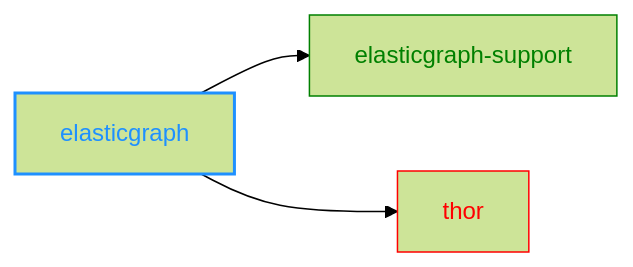
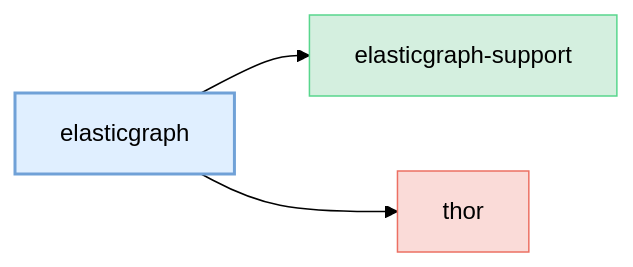
Before and after one commit to block/elasticgraph: the diagram in elasticgraph/README.md, drawn with Mermaid (forest theme). The commit also changed 23 other files, not shown here.

````diff
--- a/elasticgraph/README.md
+++ b/elasticgraph/README.md
@@ -8,12 +8,15 @@
 ```mermaid
 graph LR;
+    classDef currentGemStyle fill:#E0EFFF,stroke:#70A1D7,color:#000,stroke-width:2px;
+    classDef internalEgGemStyle fill:#D4EFDF,stroke:#58D68D,color:#000;
+    classDef externalGemStyle fill:#FADBD8,stroke:#EC7063,color:#000;
     elasticgraph["elasticgraph"];
+    class elasticgraph currentGemStyle;
     elasticgraph-support["elasticgraph-support"];
     elasticgraph --> elasticgraph-support;
+    class elasticgraph-support internalEgGemStyle;
     thor["thor"];
     elasticgraph --> thor;
-    style elasticgraph color:DodgerBlue,stroke-width:2px,stroke:DodgerBlue;
-    style elasticgraph-support color:Green,stroke:Green;
-    style thor color:Red,stroke:Red;
+    class thor externalGemStyle;
     click thor href "https://rubygems.org/gems/thor" "Open on RubyGems.org" _blank;
 ```
````
